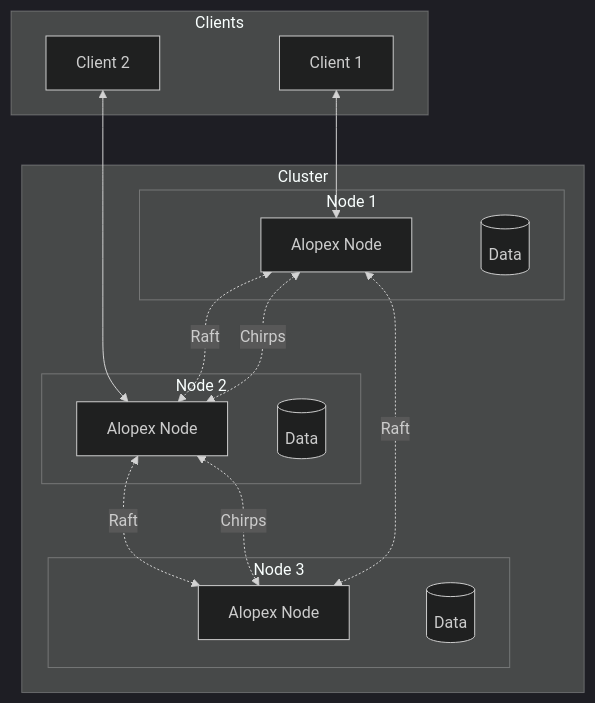
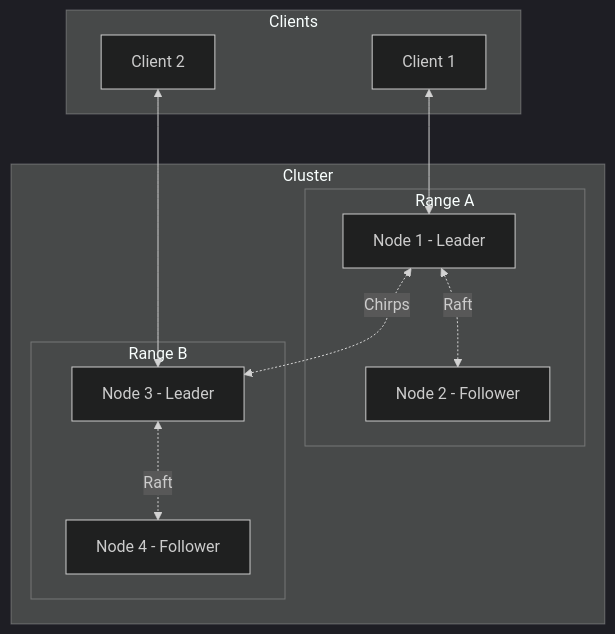
One commit to alopex-db/alopex-db.github.io changed the fifth of 8 diagrams in docs/concepts/modes.md. Above: the diagram before and after it, drawn with Mermaid (dark theme). The commit also changed other lines of this file and 3 other files, not shown here.

````diff
--- a/docs/concepts/modes.md
+++ b/docs/concepts/modes.md
@@ -125,30 +211,24 @@
 ```mermaid
 graph TB
     subgraph "Clients"
         C1[Client 1]
         C2[Client 2]
     end
 
     subgraph "Cluster"
-        subgraph "Node 1"
-            N1[Alopex Node]
-            D1[(Data)]
+        subgraph "Range A"
+            N1[Node 1 - Leader]
+            N2[Node 2 - Follower]
         end
-        subgraph "Node 2"
-            N2[Alopex Node]
-            D2[(Data)]
-        end
-        subgraph "Node 3"
-            N3[Alopex Node]
-            D3[(Data)]
+        subgraph "Range B"
+            N3[Node 3 - Leader]
+            N4[Node 4 - Follower]
         end
     end
 
     C1 <--> N1
-    C2 <--> N2
+    C2 <--> N3
     N1 <-.->|Raft| N2
-    N2 <-.->|Raft| N3
-    N3 <-.->|Raft| N1
-    N1 <-.->|Chirps| N2
-    N2 <-.->|Chirps| N3
+    N3 <-.->|Raft| N4
+    N1 <-.->|Chirps| N3
 ```
````
